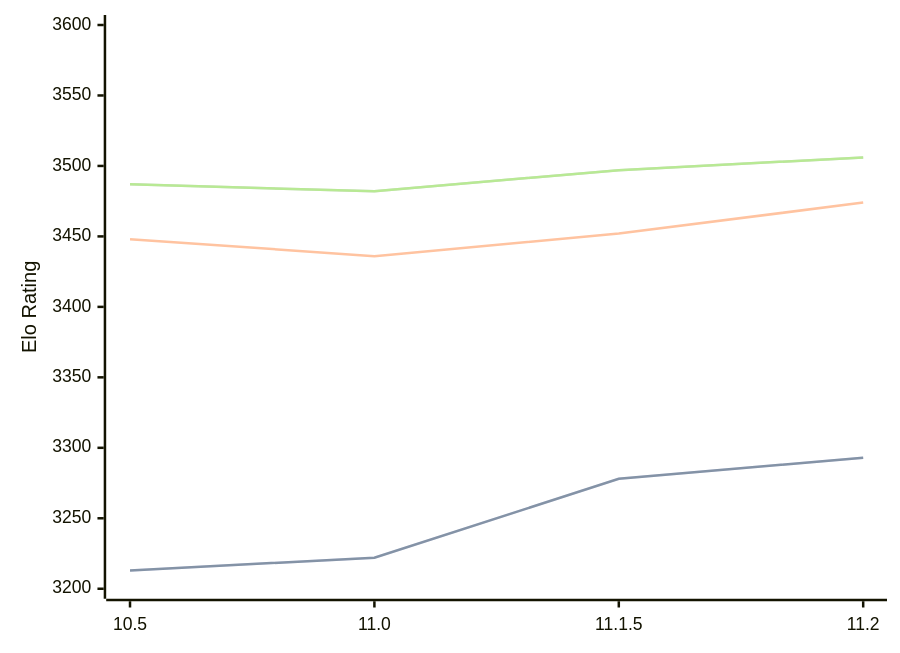
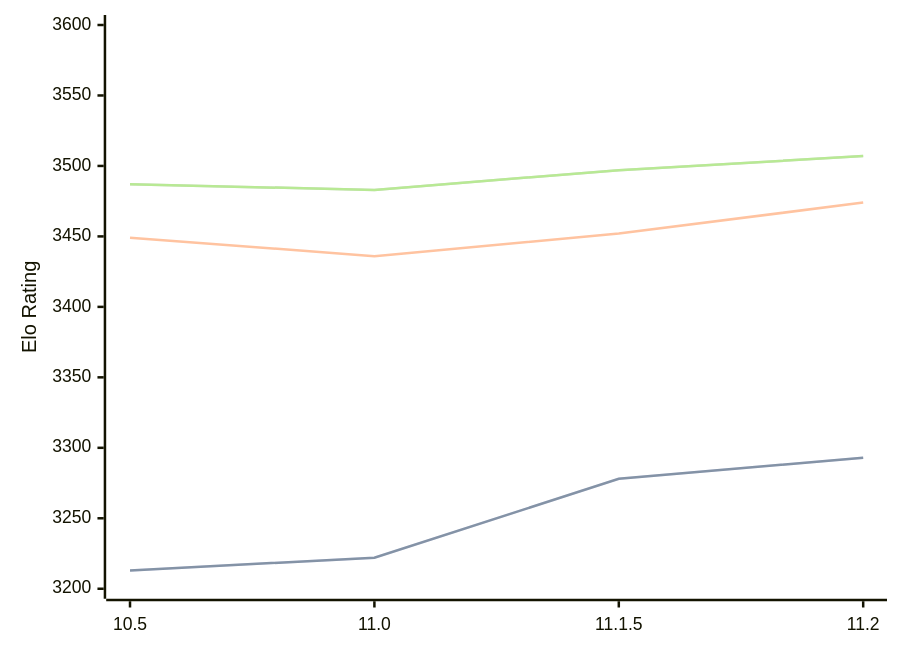
The diagram in engines/Lizard.md (computer-chess-index/cci), drawn with Mermaid before and after one commit. The commit also changed other lines of this file, not shown here.

Commit message:
Update CCI Ratings (ELO VLTC) - 2026-08-10

````diff
--- a/engines/Lizard.md
+++ b/engines/Lizard.md
@@ -34,11 +34,11 @@
 ```mermaid
 %%{init: {"theme":"base","themeVariables":{"seriesColors:['#a3a3a3','#222221','#faa371']}}}%%
 xychart-beta
   x-axis ["10.5", "11.0", "11.1.5", "11.2"]
   y-axis "Elo Rating" 3200 --> 3600
   line "STC (8.0+0.08s)" [3213, 3222, 3278, 3293]
   line "STC (8.0+0.08s)" [3213, 3222, 3278, 3293]
-  line "LTC (60.0+0.60s)" [3448, 3436, 3452, 3474]
-  line "VLTC (2m24s+1.12s)" [3487, 3482, 3497, 3506]
-  line "VLTC (2m24s+1.12s)" [3487, 3482, 3497, 3506]
+  line "LTC (60.0+0.60s)" [3449, 3436, 3452, 3474]
+  line "VLTC (2m24s+1.12s)" [3487, 3483, 3497, 3507]
+  line "VLTC (2m24s+1.12s)" [3487, 3483, 3497, 3507]
 ```
````
